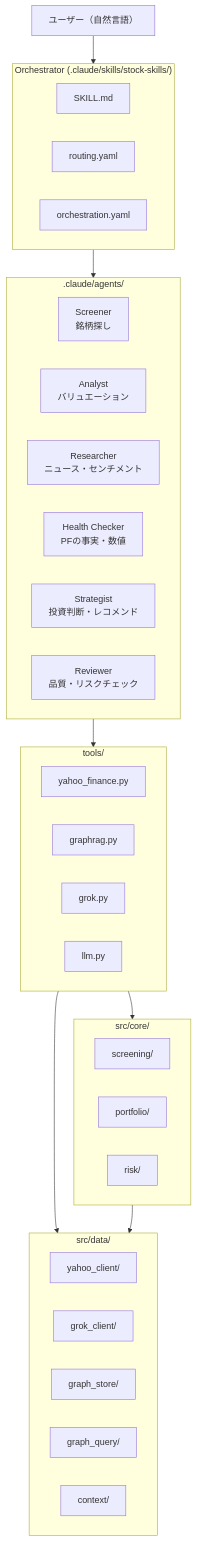
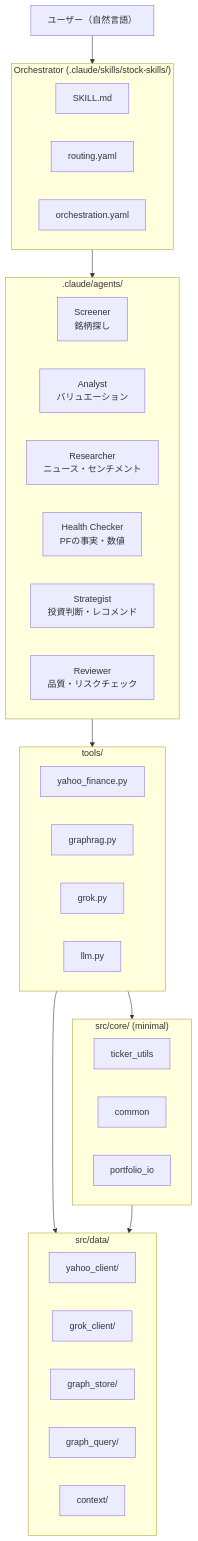
The diagram in docs/architecture.md (kiyotoab-bot/stock_skills_2), drawn with Mermaid before and after one commit. The commit also changed 108 other files, not shown here.

First line of the commit message:
Remove dead code — ~50 src/core/ modules, ~43 tests, 3 configs (KIK-663)

````diff
--- a/docs/architecture.md
+++ b/docs/architecture.md
@@ -14,47 +14,47 @@
 ```mermaid
 graph TD
     User["ユーザー（自然言語）"]
 
     subgraph Orchestrator["Orchestrator (.claude/skills/stock-skills/)"]
         SKILL["SKILL.md"]
         ROUTE["routing.yaml"]
         ORCH["orchestration.yaml"]
     end
 
     subgraph Agents[".claude/agents/"]
         SCR["Screener<br/>銘柄探し"]
         ANA["Analyst<br/>バリュエーション"]
         RES["Researcher<br/>ニュース・センチメント"]
         HC["Health Checker<br/>PFの事実・数値"]
         STR["Strategist<br/>投資判断・レコメンド"]
         REV["Reviewer<br/>品質・リスクチェック"]
     end
 
     subgraph Tools["tools/"]
         YF["yahoo_finance.py"]
         GR["graphrag.py"]
         GK["grok.py"]
         LLM["llm.py"]
     end
 
-    subgraph Core["src/core/"]
-        SC["screening/"]
-        PF["portfolio/"]
-        RK["risk/"]
+    subgraph Core["src/core/ (minimal)"]
+        TU["ticker_utils"]
+        CM["common"]
+        PIO["portfolio_io"]
     end
 
     subgraph Data["src/data/"]
         YC["yahoo_client/"]
         GC["grok_client/"]
         GS["graph_store/"]
         GQ["graph_query/"]
         CTX["context/"]
     end
 
     User --> Orchestrator
     Orchestrator --> Agents
     Agents --> Tools
     Tools --> Core
     Tools --> Data
     Core --> Data
 ```
````
